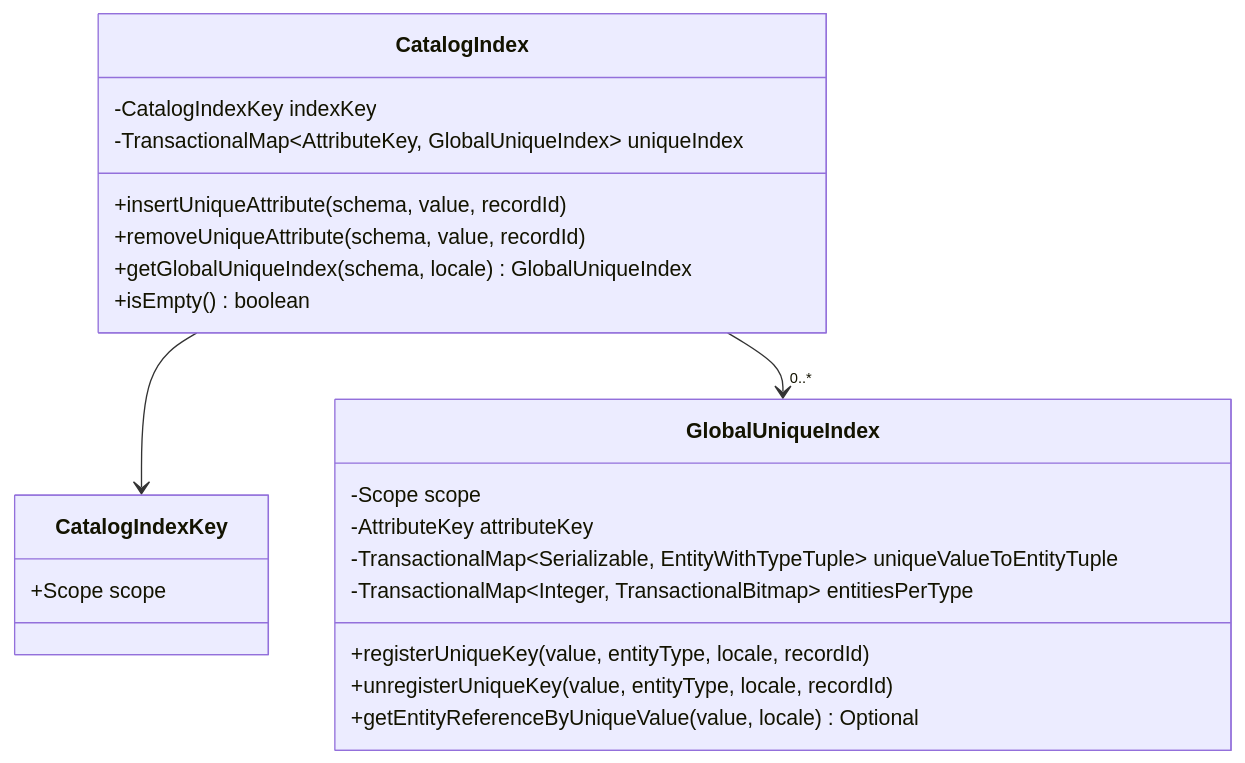
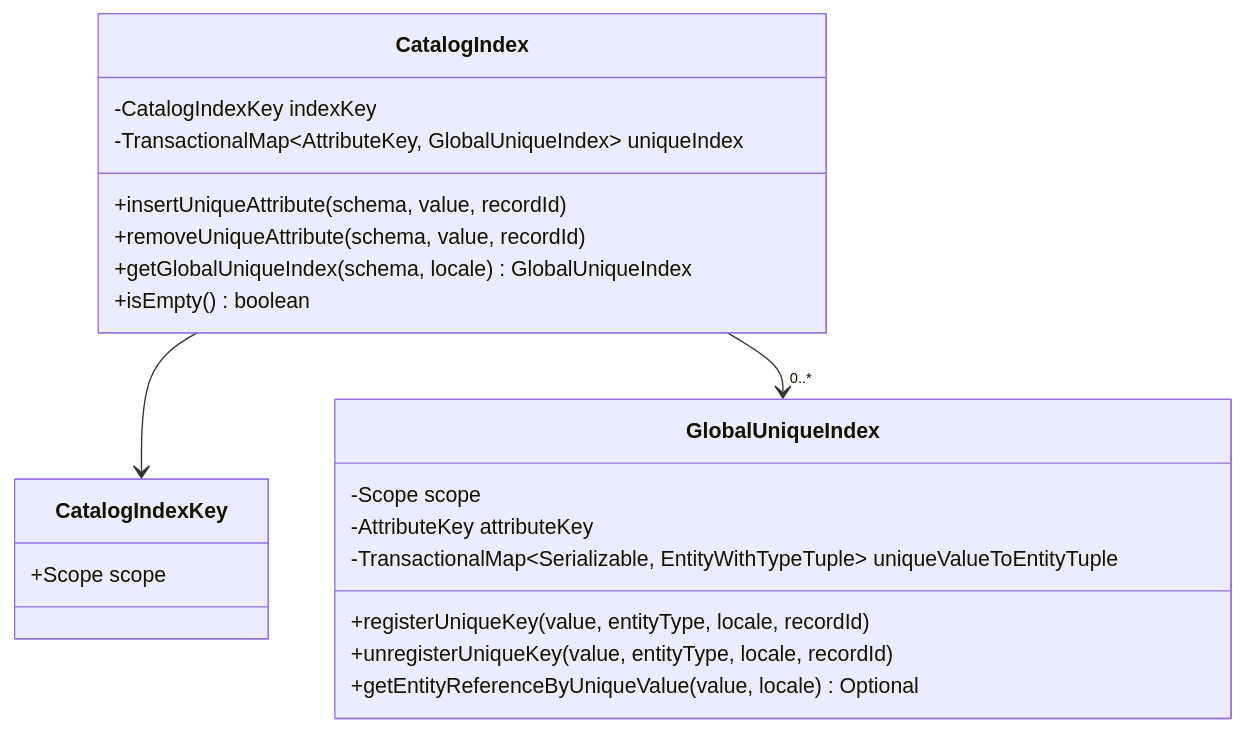
The third of 5 diagrams in documentation/developer/indexes/schema-settings.md (FgForrest/evitaDB), drawn with Mermaid before and after one commit. The commit also changed 35 other files, not shown here.

````diff
--- a/documentation/developer/indexes/schema-settings.md
+++ b/documentation/developer/indexes/schema-settings.md
@@ -628,28 +628,27 @@
 ```mermaid
 classDiagram
     class CatalogIndex {
         -CatalogIndexKey indexKey
         -TransactionalMap~AttributeKey, GlobalUniqueIndex~ uniqueIndex
         +insertUniqueAttribute(schema, value, recordId)
         +removeUniqueAttribute(schema, value, recordId)
         +getGlobalUniqueIndex(schema, locale) GlobalUniqueIndex
         +isEmpty() boolean
     }
 
     class CatalogIndexKey {
         +Scope scope
     }
 
     class GlobalUniqueIndex {
         -Scope scope
         -AttributeKey attributeKey
         -TransactionalMap~Serializable, EntityWithTypeTuple~ uniqueValueToEntityTuple
-        -TransactionalMap~Integer, TransactionalBitmap~ entitiesPerType
         +registerUniqueKey(value, entityType, locale, recordId)
         +unregisterUniqueKey(value, entityType, locale, recordId)
         +getEntityReferenceByUniqueValue(value, locale) Optional
     }
 
     CatalogIndex --> CatalogIndexKey
     CatalogIndex --> "0..*" GlobalUniqueIndex
 ```
````
